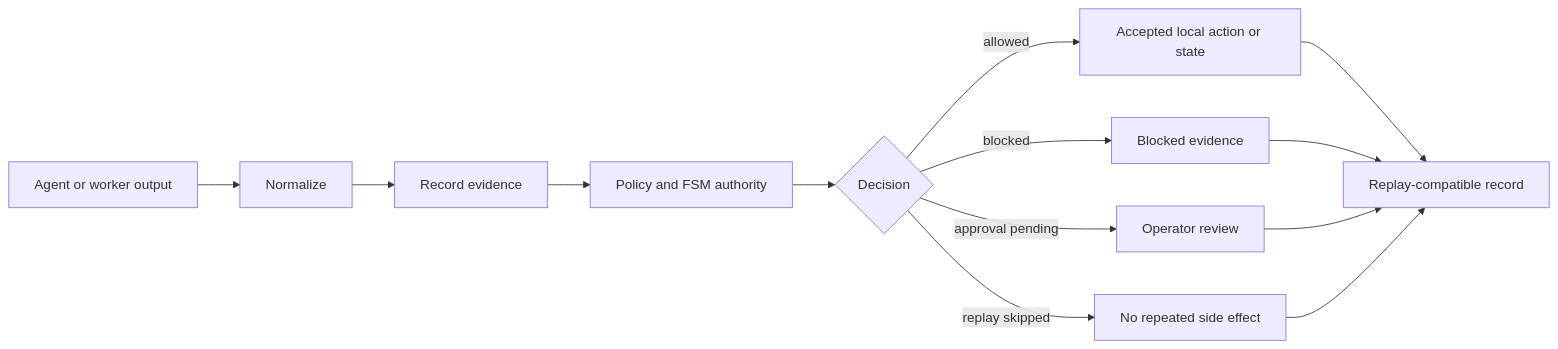
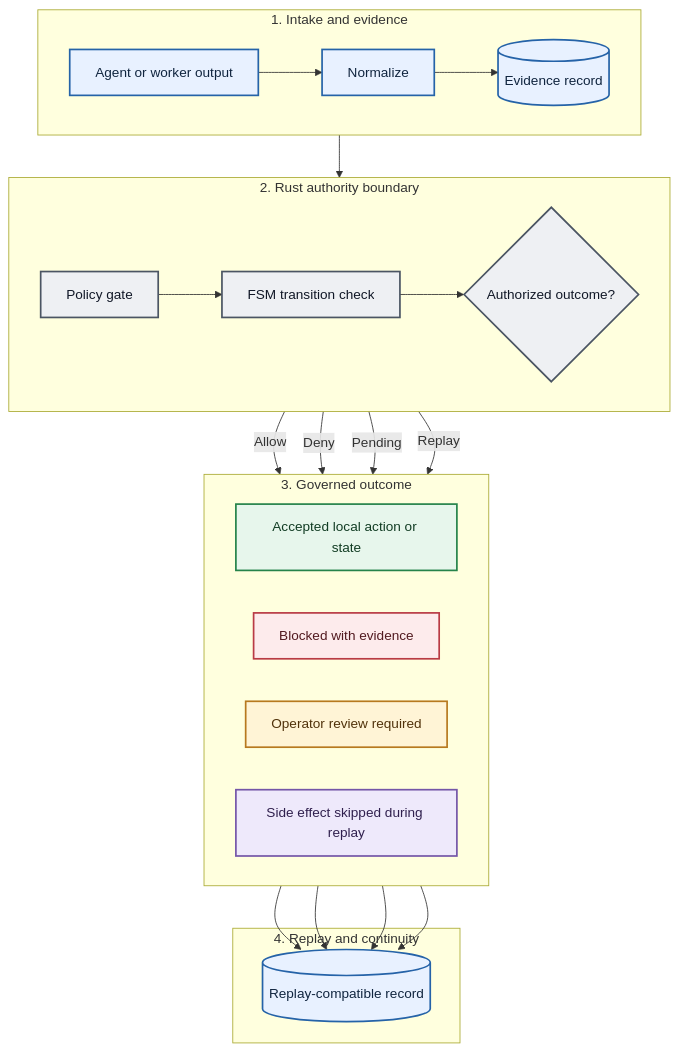
The diagram in README.md (web5labs/Quant-M), drawn with Mermaid before and after one commit.

Commit message:
Improve governance flow diagram

````diff
--- a/README.md
+++ b/README.md
@@ -91,15 +91,50 @@
 ```mermaid
-flowchart LR
-    A[Agent or worker output] --> B[Normalize]
-    B --> C[Record evidence]
-    C --> D[Policy and FSM authority]
-    D --> E{Decision}
-    E -->|allowed| F[Accepted local action or state]
-    E -->|blocked| G[Blocked evidence]
-    E -->|approval pending| H[Operator review]
-    E -->|replay skipped| I[No repeated side effect]
-    F --> J[Replay-compatible record]
-    G --> J
-    H --> J
-    I --> J
+flowchart TB
+    subgraph INTAKE["1. Intake and evidence"]
+        direction LR
+        A[Agent or worker output] --> B[Normalize]
+        B --> C[(Evidence record)]
+    end
+
+    subgraph AUTHORITY["2. Rust authority boundary"]
+        direction LR
+        D[Policy gate] --> E[FSM transition check]
+        E --> F{Authorized outcome?}
+    end
+
+    subgraph OUTCOMES["3. Governed outcome"]
+        direction LR
+        G[Accepted local action or state]
+        H[Blocked with evidence]
+        I[Operator review required]
+        J[Side effect skipped during replay]
+    end
+
+    subgraph RECORD["4. Replay and continuity"]
+        K[(Replay-compatible record)]
+    end
+
+    C --> D
+    F -->|Allow| G
+    F -->|Deny| H
+    F -->|Pending| I
+    F -->|Replay| J
+    G --> K
+    H --> K
+    I --> K
+    J --> K
+
+    classDef evidence fill:#e8f1ff,stroke:#2563a8,color:#10253f,stroke-width:2px
+    classDef authority fill:#eef0f3,stroke:#4b5563,color:#111827,stroke-width:2px
+    classDef allowed fill:#e7f6ec,stroke:#25834a,color:#123d24,stroke-width:2px
+    classDef blocked fill:#fdebec,stroke:#b93b45,color:#521a20,stroke-width:2px
+    classDef pending fill:#fff4d6,stroke:#b7791f,color:#51320b,stroke-width:2px
+    classDef replay fill:#eee9fb,stroke:#7456a8,color:#30204e,stroke-width:2px
+
+    class A,B,C,K evidence
+    class D,E,F authority
+    class G allowed
+    class H blocked
+    class I pending
+    class J replay
 ```
````
